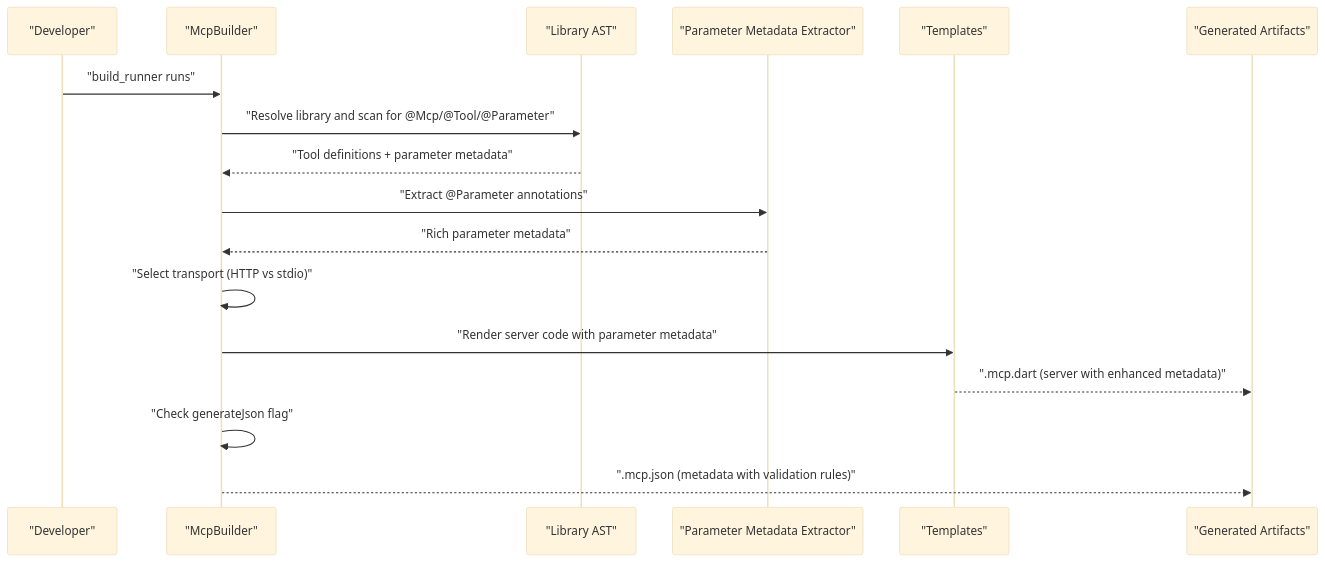
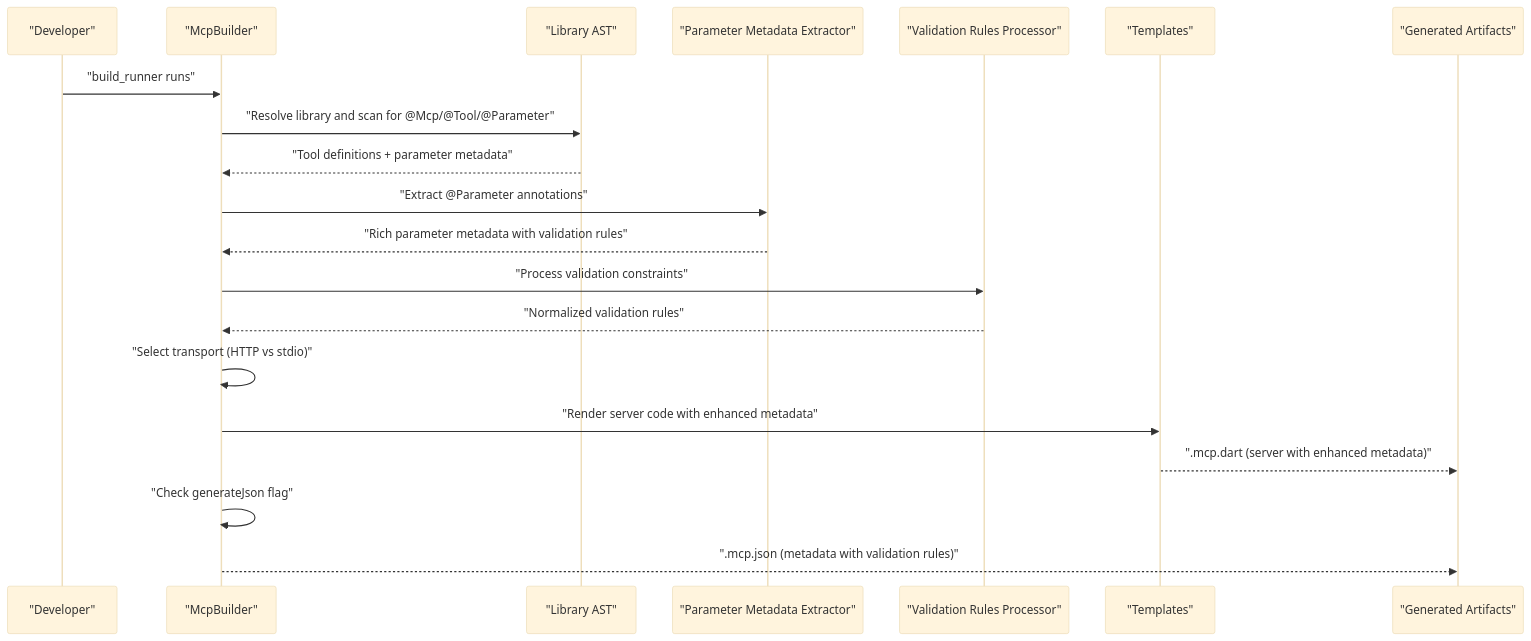
The second of 3 diagrams in .qoder/repowiki/en/content/Annotations Reference/Annotations Reference.md (cdavis-code/easy_mcp_workspace), drawn with Mermaid (base theme) before and after one commit. The commit also changed other lines of this file and 16 other files, not shown here.

````diff
--- a/.qoder/repowiki/en/content/Annotations Reference/Annotations Reference.md
+++ b/.qoder/repowiki/en/content/Annotations Reference/Annotations Reference.md
@@ -149,19 +151,22 @@
 ```mermaid
 sequenceDiagram
 participant Dev as "Developer"
 participant Gen as "McpBuilder"
 participant Lib as "Library AST"
 participant ParamMeta as "Parameter Metadata Extractor"
+participant Validator as "Validation Rules Processor"
 participant Tmpl as "Templates"
 participant Out as "Generated Artifacts"
 Dev->>Gen : "build_runner runs"
 Gen->>Lib : "Resolve library and scan for @Mcp/@Tool/@Parameter"
 Lib-->>Gen : "Tool definitions + parameter metadata"
 Gen->>ParamMeta : "Extract @Parameter annotations"
-ParamMeta-->>Gen : "Rich parameter metadata"
+ParamMeta-->>Gen : "Rich parameter metadata with validation rules"
+Gen->>Validator : "Process validation constraints"
+Validator-->>Gen : "Normalized validation rules"
 Gen->>Gen : "Select transport (HTTP vs stdio)"
-Gen->>Tmpl : "Render server code with parameter metadata"
+Gen->>Tmpl : "Render server code with enhanced metadata"
 Tmpl-->>Out : ".mcp.dart (server with enhanced metadata)"
 Gen->>Gen : "Check generateJson flag"
 Gen-->>Out : ".mcp.json (metadata with validation rules)"
 ```
````
